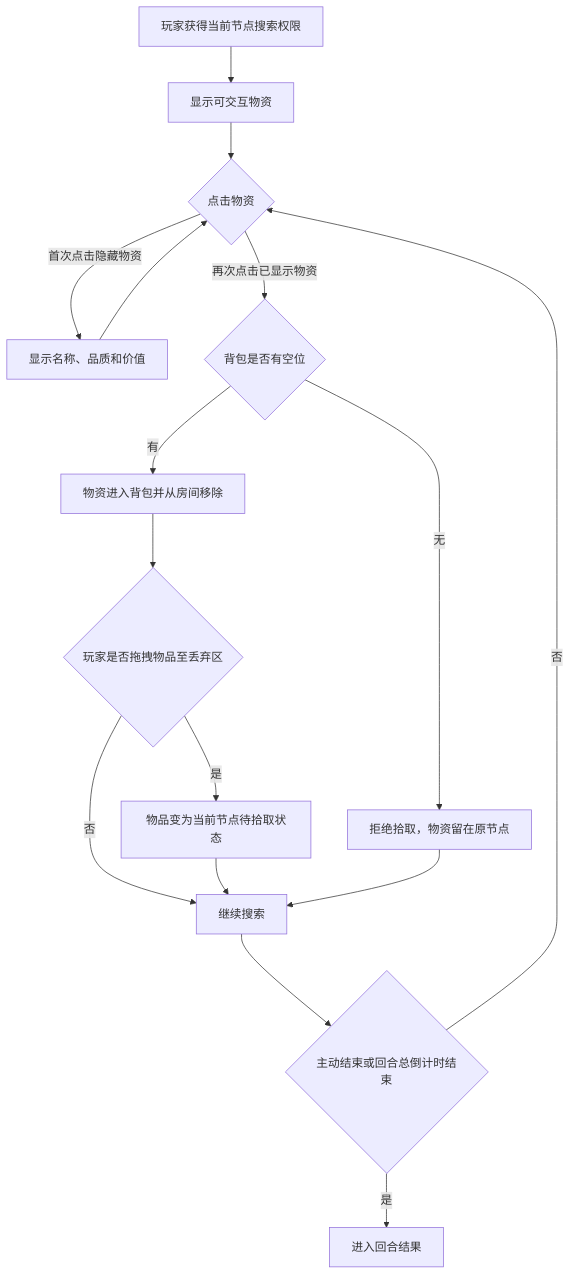
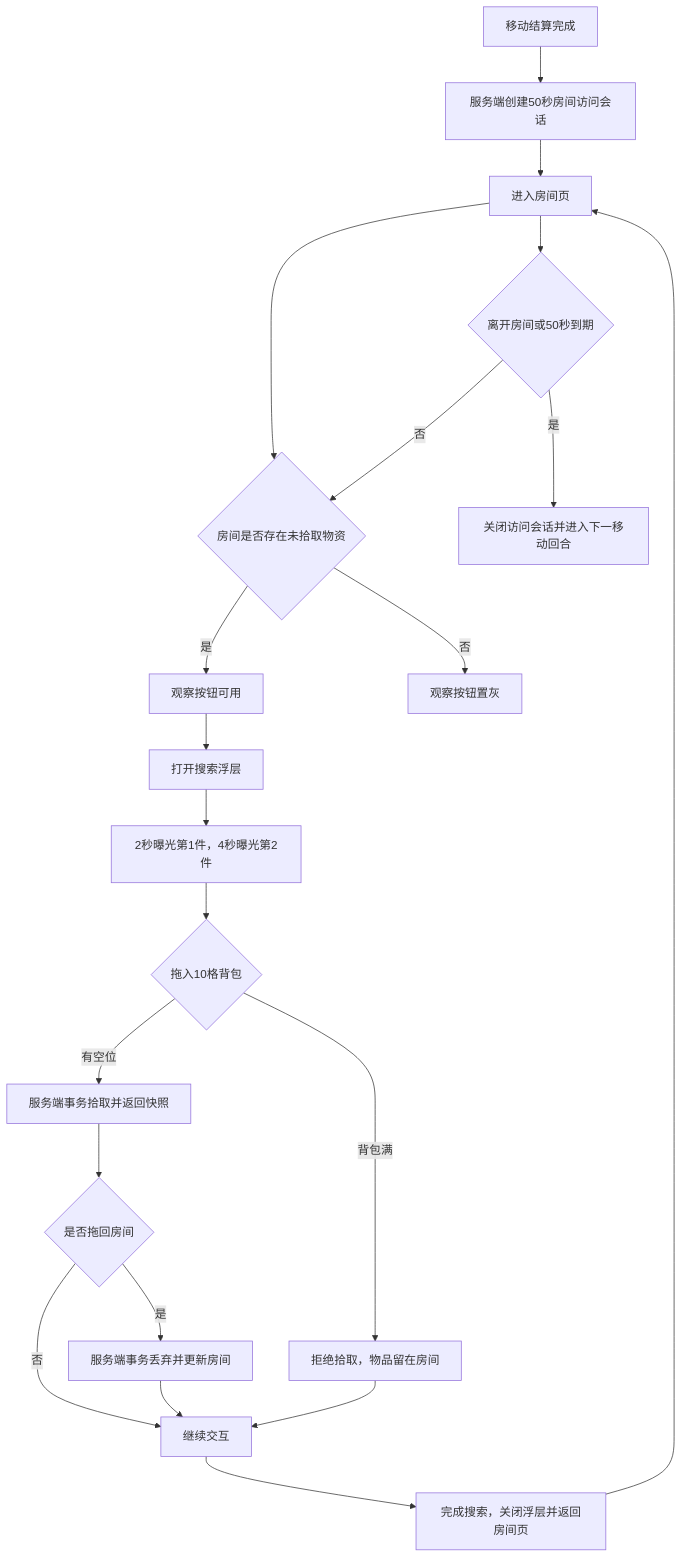
One commit to Yeungsam/heisino-game changed the eighth of 10 diagrams in docs/游戏产品流程图.md. Above: the diagram before and after it, drawn with Mermaid. The commit also changed other lines of this file and 24 other files, not shown here.

````diff
--- a/docs/游戏产品流程图.md
+++ b/docs/游戏产品流程图.md
@@ -284,18 +284,23 @@
 ```mermaid
 flowchart TD
-    A["玩家获得当前节点搜索权限"] --> B["显示可交互物资"]
-    B --> C{"点击物资"}
-    C -- "首次点击隐藏物资" --> D["显示名称、品质和价值"]
-    D --> C
-    C -- "再次点击已显示物资" --> E{"背包是否有空位"}
-    E -- "有" --> F["物资进入背包并从房间移除"]
-    E -- "无" --> G["拒绝拾取，物资留在原节点"]
-    F --> H{"玩家是否拖拽物品至丢弃区"}
-    H -- "是" --> I["物品变为当前节点待拾取状态"]
-    H -- "否" --> J["继续搜索"]
-    I --> J
-    G --> J
-    J --> K{"主动结束或回合总倒计时结束"}
-    K -- "否" --> C
-    K -- "是" --> L["进入回合结果"]
+    A["移动结算完成"] --> B["服务端创建50秒房间访问会话"]
+    B --> C["进入房间页"]
+    C --> D{"房间是否存在未拾取物资"}
+    D -- "是" --> E["观察按钮可用"]
+    D -- "否" --> F["观察按钮置灰"]
+    E --> G["打开搜索浮层"]
+    G --> H["2秒曝光第1件，4秒曝光第2件"]
+    H --> I{"拖入10格背包"}
+    I -- "有空位" --> J["服务端事务拾取并返回快照"]
+    I -- "背包满" --> K["拒绝拾取，物品留在房间"]
+    J --> L{"是否拖回房间"}
+    L -- "是" --> M["服务端事务丢弃并更新房间"]
+    L -- "否" --> N["继续交互"]
+    M --> N
+    K --> N
+    N --> O["完成搜索，关闭浮层并返回房间页"]
+    O --> C
+    C --> P{"离开房间或50秒到期"}
+    P -- "否" --> D
+    P -- "是" --> Q["关闭访问会话并进入下一移动回合"]
 ```
````
